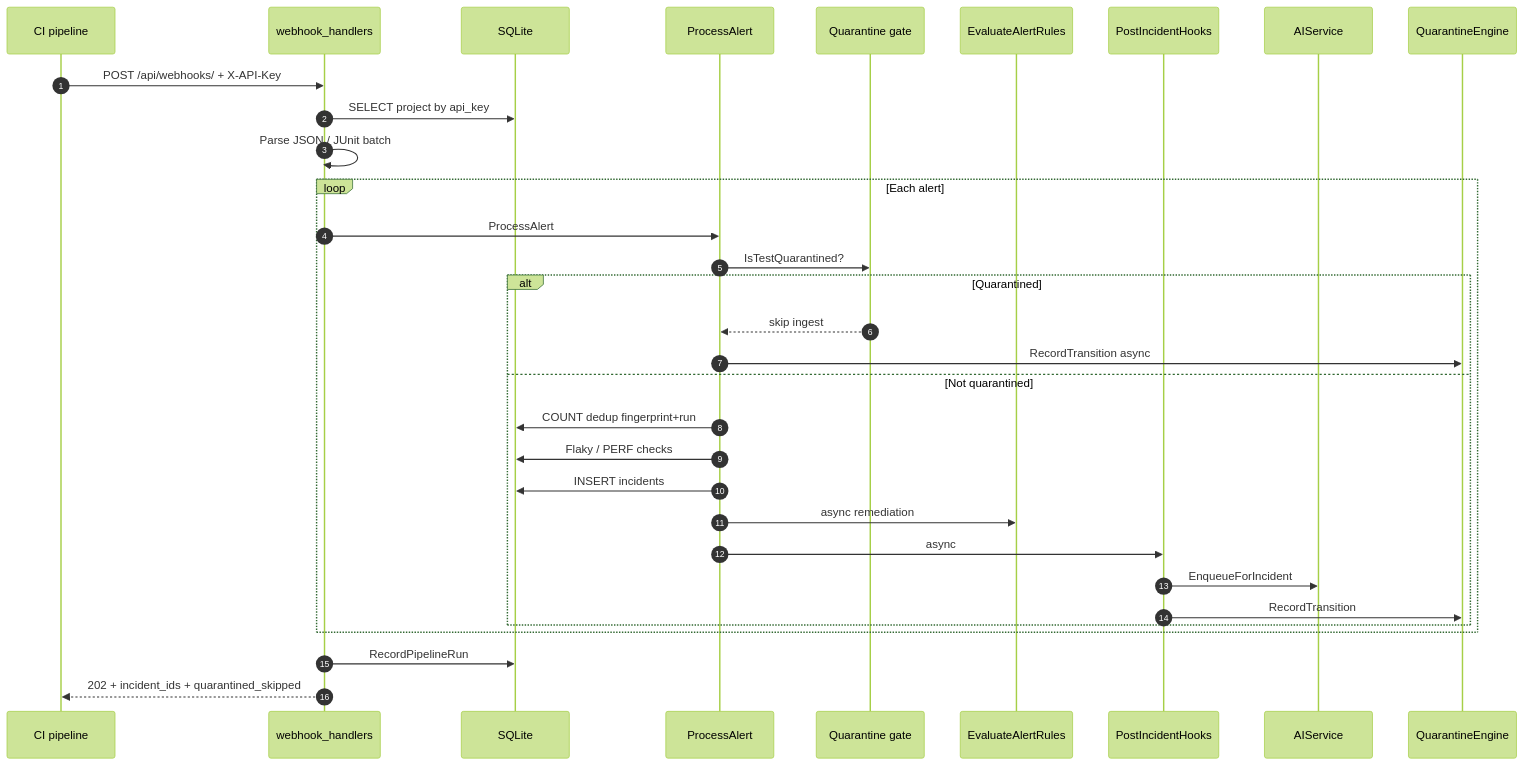
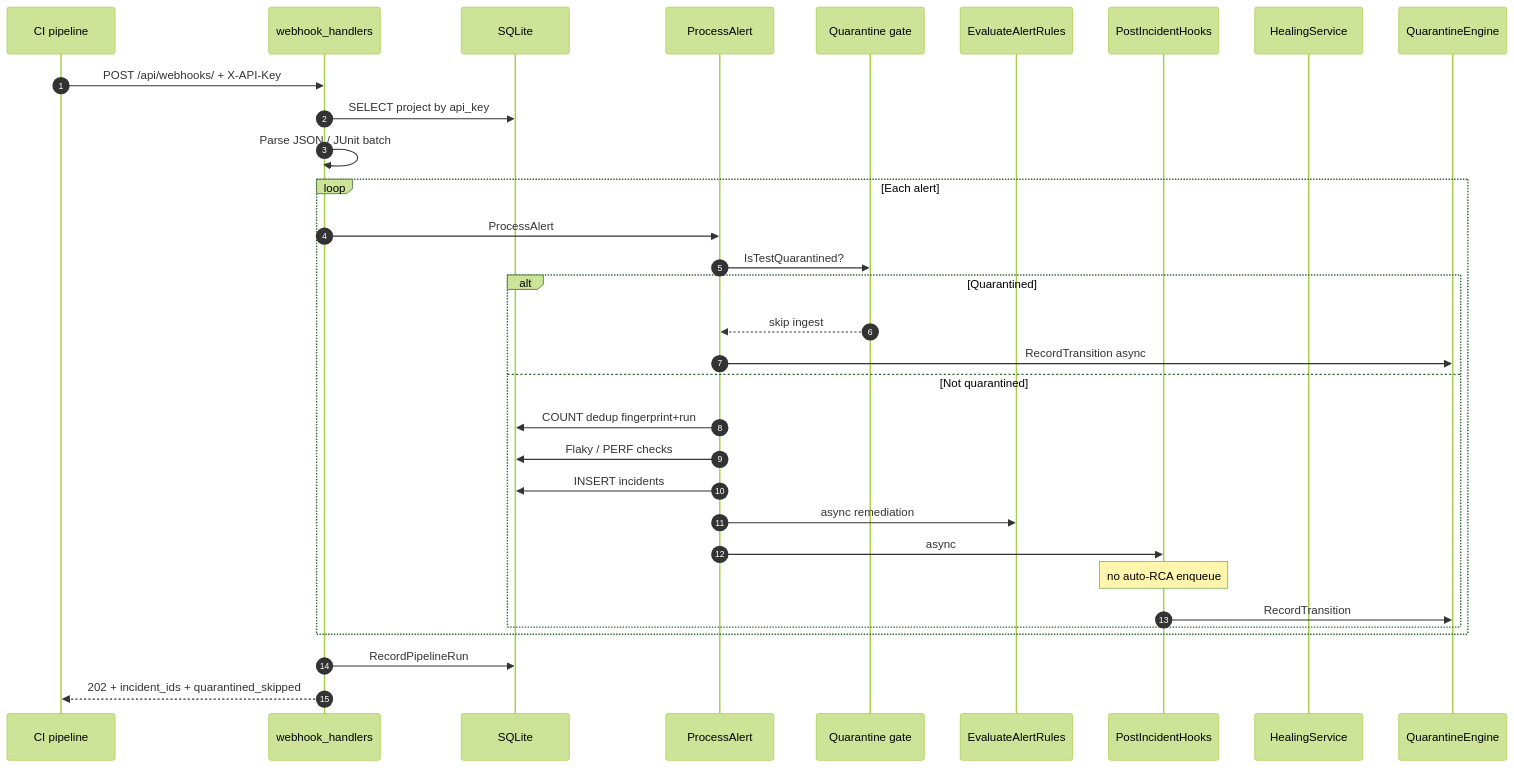
The sixth of 18 diagrams in docs/guides/design-diagrams.md (QA-Capsule/qa-capsule-community), drawn with Mermaid (forest theme) before and after one commit. The commit also changed other lines of this file and 34 other files, not shown here.

````diff
--- a/docs/guides/design-diagrams.md
+++ b/docs/guides/design-diagrams.md
@@ -229,35 +228,35 @@
 ```mermaid
 sequenceDiagram
     autonumber
     participant CI as CI pipeline
     participant WH as webhook_handlers
     participant DB as SQLite
     participant PA as ProcessAlert
     participant Q as Quarantine gate
     participant REM as EvaluateAlertRules
     participant HOOK as PostIncidentHooks
-    participant AI as AIService
+    participant HEAL as HealingService
     participant QE as QuarantineEngine
 
     CI->>WH: POST /api/webhooks/ + X-API-Key
     WH->>DB: SELECT project by api_key
     WH->>WH: Parse JSON / JUnit batch
     loop Each alert
         WH->>PA: ProcessAlert
         PA->>Q: IsTestQuarantined?
         alt Quarantined
             Q-->>PA: skip ingest
             PA->>QE: RecordTransition async
         else Not quarantined
             PA->>DB: COUNT dedup fingerprint+run
             PA->>DB: Flaky / PERF checks
             PA->>DB: INSERT incidents
             PA->>REM: async remediation
             PA->>HOOK: async
-            HOOK->>AI: EnqueueForIncident
+            Note over HOOK: no auto-RCA enqueue
             HOOK->>QE: RecordTransition
         end
     end
     WH->>DB: RecordPipelineRun
     WH-->>CI: 202 + incident_ids + quarantined_skipped
 ```
````
